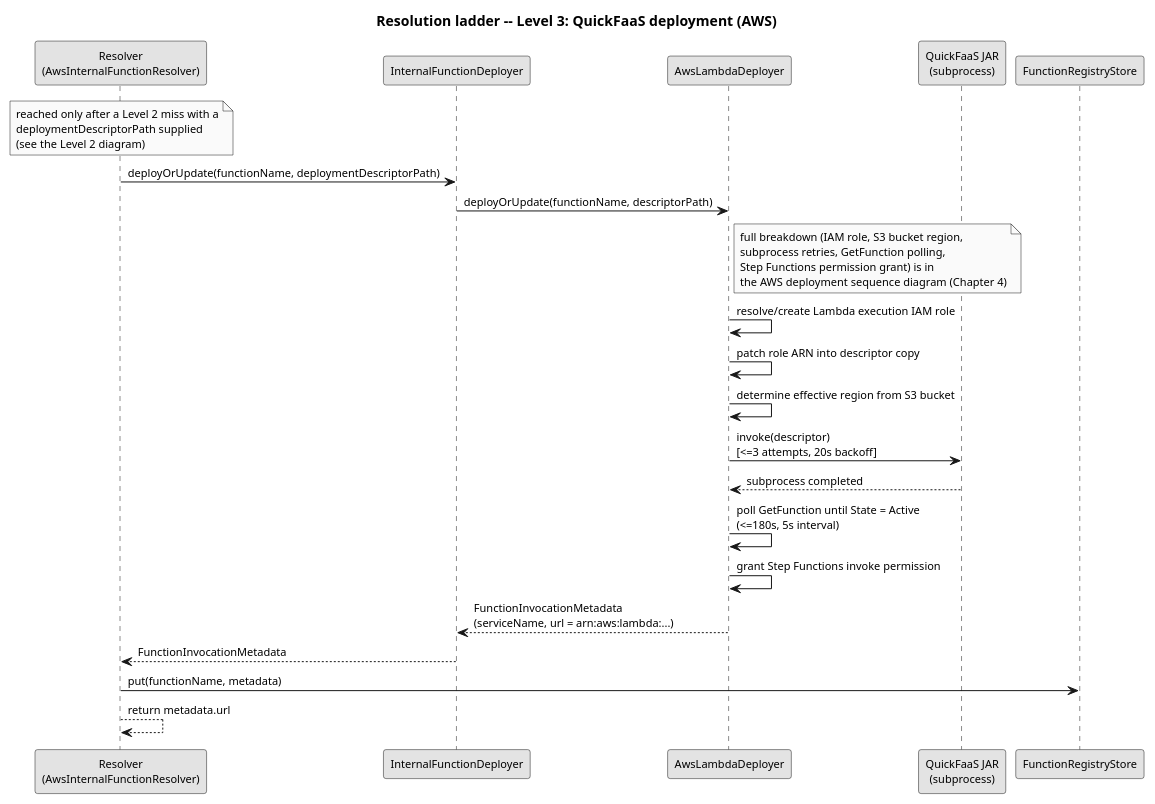
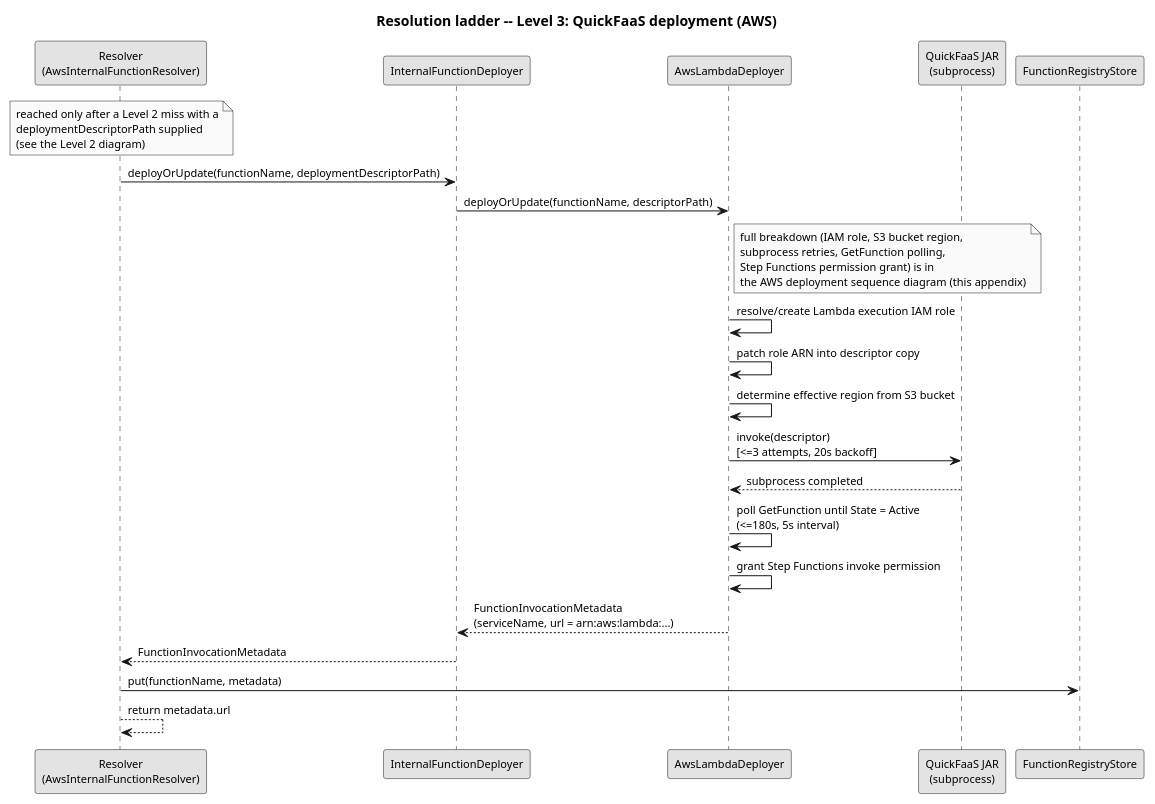
Before and after one commit to EngenheiroPedroCarvalho/ISEL-Thesis-2526: the diagram in diagrams/resolution-cascade-level3-aws.puml, drawn with PlantUML. The commit also changed 19 other files, not shown here.

```diff
--- a/diagrams/resolution-cascade-level3-aws.puml
+++ b/diagrams/resolution-cascade-level3-aws.puml
@@ -1,39 +1,39 @@
 @startuml resolution-cascade-level3-aws
 skinparam monochrome true
 skinparam shadowing false
 skinparam defaultFontSize 11
 title Resolution ladder -- Level 3: QuickFaaS deployment (AWS)
 
 participant "Resolver\n(AwsInternalFunctionResolver)" as R
 participant "InternalFunctionDeployer" as D
 participant "AwsLambdaDeployer" as ALD
 participant "QuickFaaS JAR\n(subprocess)" as QF
 participant "FunctionRegistryStore" as REG
 
 note over R
   reached only after a Level 2 miss with a
   deploymentDescriptorPath supplied
   (see the Level 2 diagram)
 end note
 
 R -> D : deployOrUpdate(functionName, deploymentDescriptorPath)
 D -> ALD : deployOrUpdate(functionName, descriptorPath)
 note right of ALD
   full breakdown (IAM role, S3 bucket region,
   subprocess retries, GetFunction polling,
   Step Functions permission grant) is in
-  the AWS deployment sequence diagram (Chapter 4)
+  the AWS deployment sequence diagram (this appendix)
 end note
 ALD -> ALD : resolve/create Lambda execution IAM role
 ALD -> ALD : patch role ARN into descriptor copy
 ALD -> ALD : determine effective region from S3 bucket
 ALD -> QF : invoke(descriptor)\n[<=3 attempts, 20s backoff]
 QF --> ALD : subprocess completed
 ALD -> ALD : poll GetFunction until State = Active\n(<=180s, 5s interval)
 ALD -> ALD : grant Step Functions invoke permission
 ALD --> D : FunctionInvocationMetadata\n(serviceName, url = arn:aws:lambda:...)
 
 D --> R : FunctionInvocationMetadata
 R -> REG : put(functionName, metadata)
 R --> R : return metadata.url
 @enduml
```
